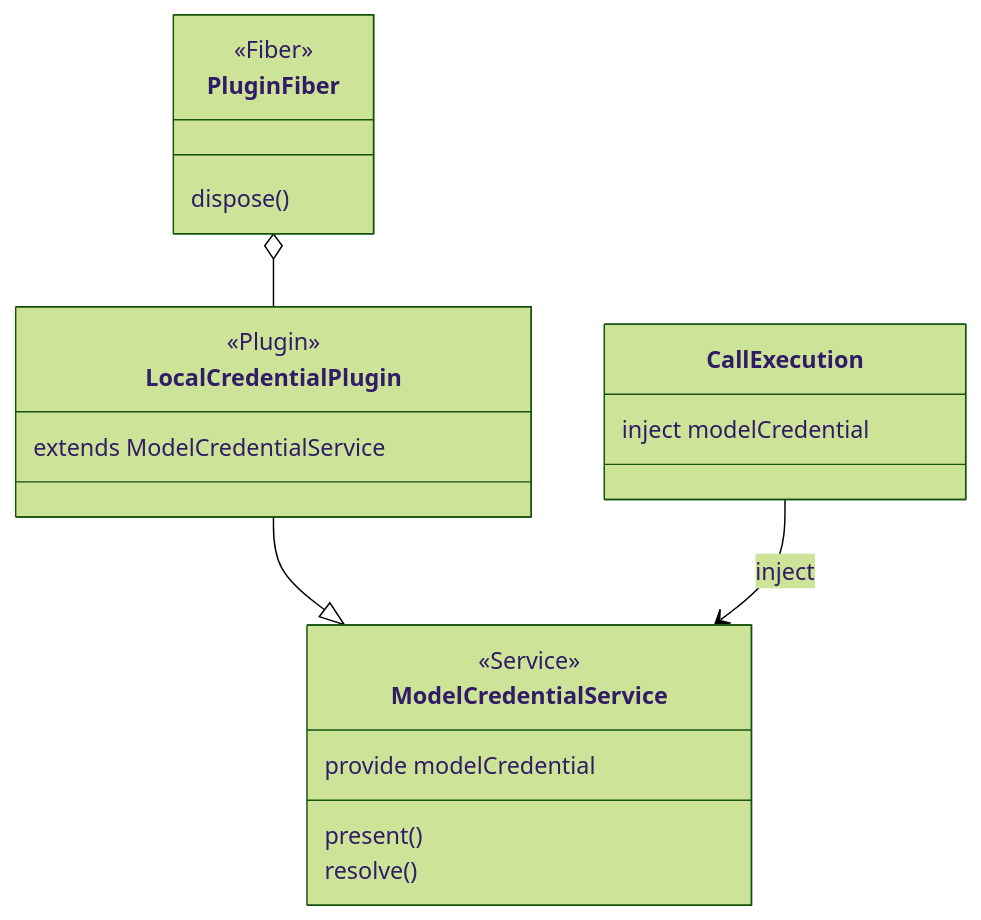
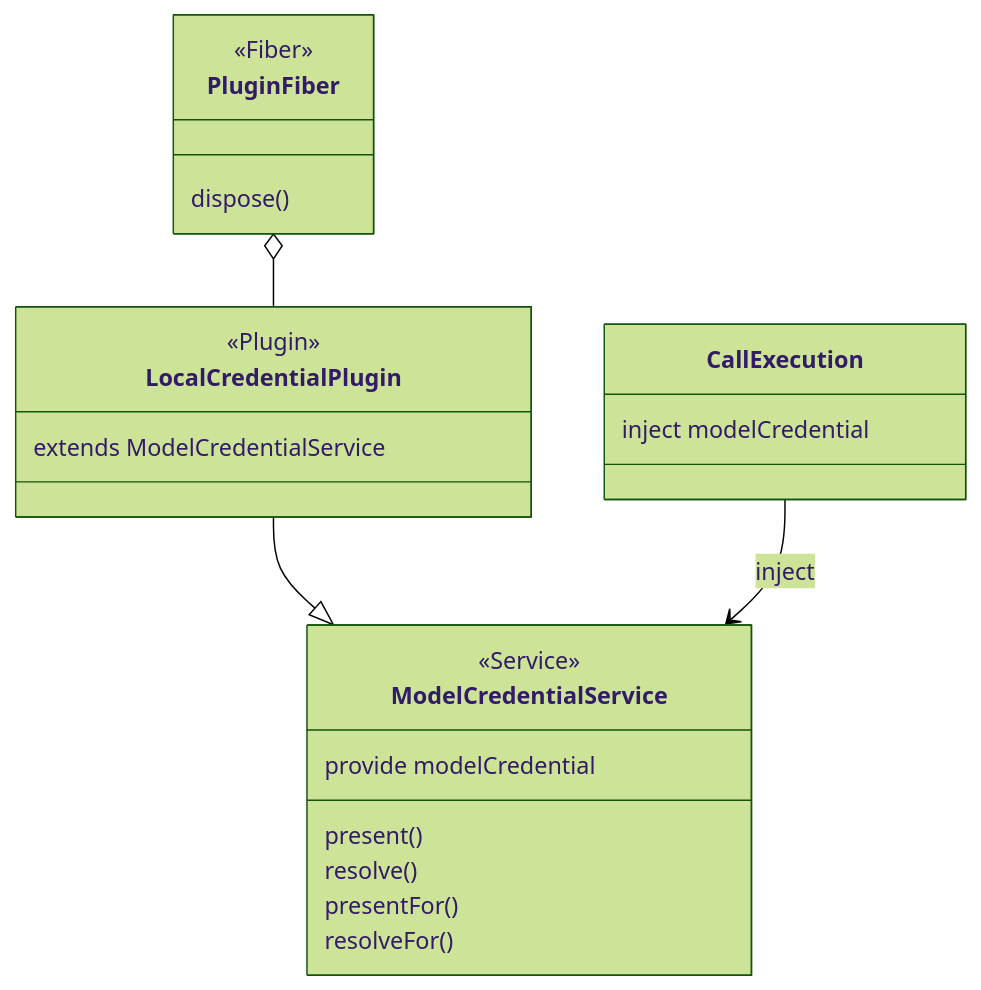
Before and after one commit to nemori-ai/omne-harness-lite: the diagram in packages/model/model-host-local/docs/cordis.md, drawn with Mermaid (forest theme). The commit also changed other lines of this file and 11 other files, not shown here.

````diff
--- a/packages/model/model-host-local/docs/cordis.md
+++ b/packages/model/model-host-local/docs/cordis.md
@@ -40,23 +40,25 @@
 ```mermaid
 classDiagram
   class ModelCredentialService {
     <<Service>>
     provide modelCredential
     present()
     resolve()
+    presentFor()
+    resolveFor()
   }
   class LocalCredentialPlugin {
     <<Plugin>>
     extends ModelCredentialService
   }
   class PluginFiber {
     <<Fiber>>
     dispose()
   }
   class CallExecution {
     inject modelCredential
   }
   LocalCredentialPlugin --|> ModelCredentialService
   PluginFiber o-- LocalCredentialPlugin
   CallExecution --> ModelCredentialService : inject
 ```
````
